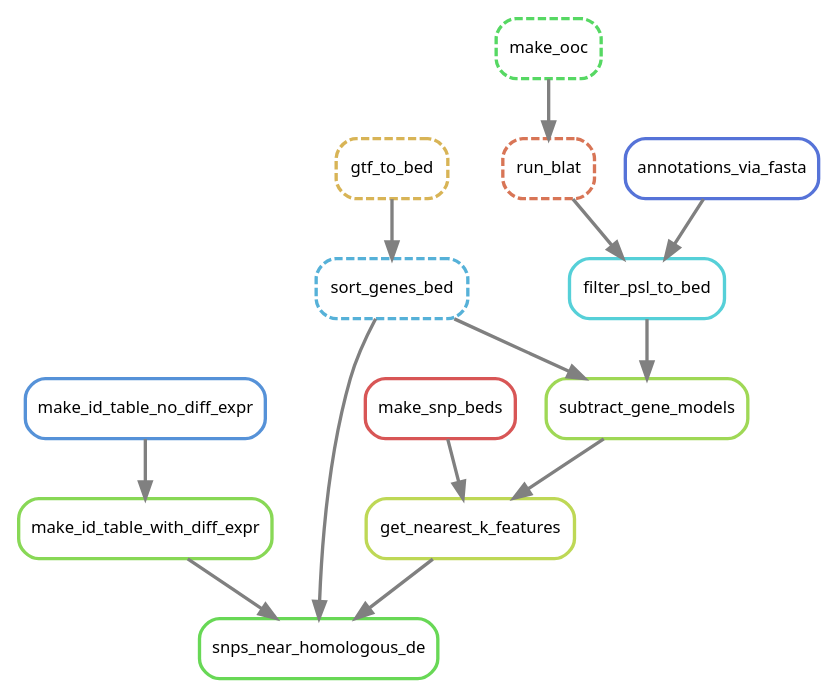
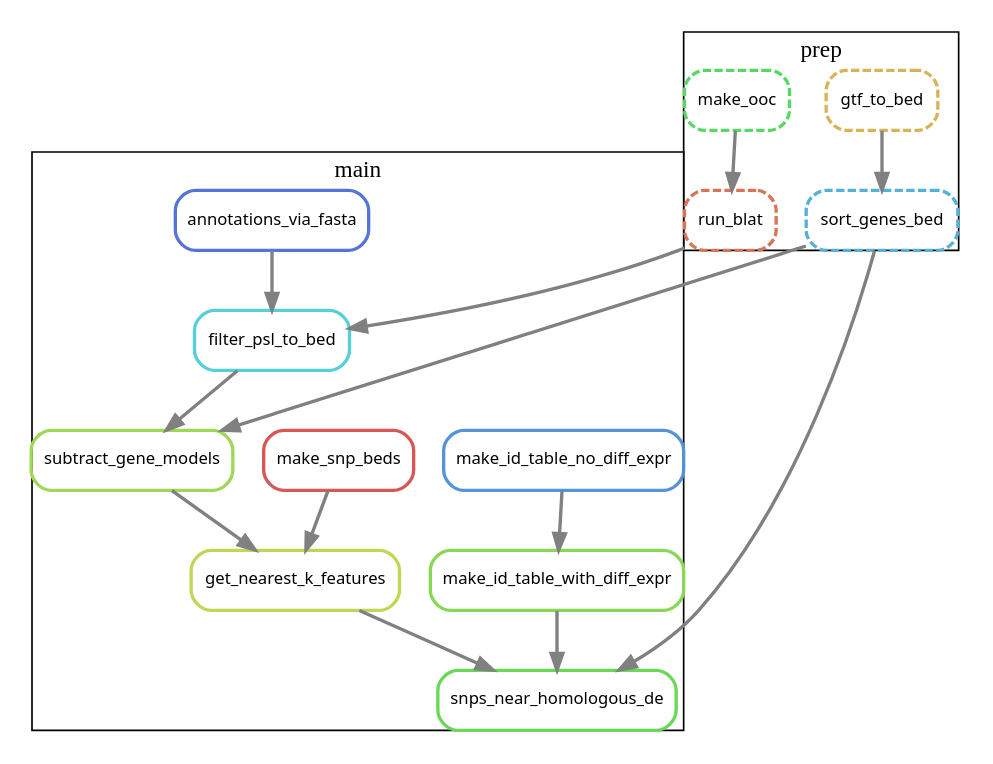
The diagram in dag.all.dot (xguse/gmm-to-gff-transcripts-vs-snps), drawn with Graphviz before and after one commit. The commit also changed 1 other file, not shown here.

Commit message:
Updated dag dot files (clustered all)

```diff
--- a/dag.all.dot
+++ b/dag.all.dot
@@ -1,48 +1,68 @@
 digraph snakemake_dag {
     graph[bgcolor=white, margin=0];
     node[shape=box, style=rounded, fontname=sans,                 fontsize=10, penwidth=2];
     edge[penwidth=2, color=grey];
-	0[label = "make_id_table_no_diff_expr", color = "0.59 0.6 0.85", style="rounded"];
-	1[label = "subtract_gene_models", color = "0.24 0.6 0.85", style="rounded"];
-	/*2[label = "save_run_config", color = "0.16 0.6 0.85", style="rounded,dashed"];*/
-	3[label = "get_nearest_k_features", color = "0.20 0.6 0.85", style="rounded"];
-	4[label = "sort_genes_bed", color = "0.55 0.6 0.85", style="rounded,dashed"];
-	5[label = "run_blat", color = "0.04 0.6 0.85", style="rounded,dashed"];
-	/*6[label = "all", color = "0.43 0.6 0.85", style="rounded"];*/
-	7[label = "make_snp_beds", color = "0.00 0.6 0.85", style="rounded"];
-	8[label = "snps_near_homologous_de", color = "0.31 0.6 0.85", style="rounded"];
-	9[label = "annotations_via_fasta", color = "0.63 0.6 0.85", style="rounded"];
-	/*10[label = "sort_bed_files", color = "0.08 0.6 0.85", style="rounded"];*/
-	11[label = "gtf_to_bed", color = "0.12 0.6 0.85", style="rounded,dashed"];
-	12[label = "make_id_table_with_diff_expr", color = "0.27 0.6 0.85", style="rounded"];
-	13[label = "filter_psl_to_bed", color = "0.51 0.6 0.85", style="rounded"];
-	14[label = "make_ooc", color = "0.35 0.6 0.85", style="rounded,dashed"];
-	4 -> 1
-	13 -> 1
-	1 -> 3
-	7 -> 3
-	11 -> 4
-	14 -> 5
-	/*0 -> 6
-	1 -> 6
-	2 -> 6
-	3 -> 6
-	4 -> 6
-	5 -> 6
-	7 -> 6
-	8 -> 6
-	13 -> 6
-	10 -> 6
-	11 -> 6
-	12 -> 6
-	9 -> 6
-	14 -> 6*/
-	4 -> 8
-	12 -> 8
-	3 -> 8
-	/*1 -> 10
-	7 -> 10*/
-	0 -> 12
-	5 -> 13
-	9 -> 13
+
+
+
+    subgraph cluster_0 {
+        /*style=filled;*/
+        /*color=lightgrey;*/
+        label = "prep";
+        4[label = "sort_genes_bed", color = "0.55 0.6 0.85", style="rounded,dashed"];
+        5[label = "run_blat", color = "0.04 0.6 0.85", style="rounded,dashed"];
+        11[label = "gtf_to_bed", color = "0.12 0.6 0.85", style="rounded,dashed"];
+        14[label = "make_ooc", color = "0.35 0.6 0.85", style="rounded,dashed"];
+
+    	11 -> 4
+        14 -> 5
+    }
+
+    subgraph cluster_1 {
+        /*style=filled;*/
+        /*color=lightgrey;*/
+        label = "main";
+        0[label = "make_id_table_no_diff_expr", color = "0.59 0.6 0.85", style="rounded"];
+        1[label = "subtract_gene_models", color = "0.24 0.6 0.85", style="rounded"];
+        /*2[label = "save_run_config", color = "0.16 0.6 0.85", style="rounded,dashed"];*/
+        3[label = "get_nearest_k_features", color = "0.20 0.6 0.85", style="rounded"];
+        /*6[label = "all", color = "0.43 0.6 0.85", style="rounded"];*/
+        7[label = "make_snp_beds", color = "0.00 0.6 0.85", style="rounded"];
+        8[label = "snps_near_homologous_de", color = "0.31 0.6 0.85", style="rounded"];
+        9[label = "annotations_via_fasta", color = "0.63 0.6 0.85", style="rounded"];
+        /*10[label = "sort_bed_files", color = "0.08 0.6 0.85", style="rounded"];*/
+        12[label = "make_id_table_with_diff_expr", color = "0.27 0.6 0.85", style="rounded"];
+        13[label = "filter_psl_to_bed", color = "0.51 0.6 0.85", style="rounded"];
+
+        4 -> 8
+        12 -> 8
+        3 -> 8
+        0 -> 12
+        5 -> 13
+        9 -> 13
+        4 -> 1
+        13 -> 1
+        1 -> 3
+        7 -> 3
+    }
+
+    /*0 -> 6
+    1 -> 6
+    2 -> 6
+    3 -> 6
+    4 -> 6
+    5 -> 6
+    7 -> 6
+    8 -> 6
+    13 -> 6
+    10 -> 6
+    11 -> 6
+    12 -> 6
+    9 -> 6
+    14 -> 6*/
+    /*1 -> 10
+    7 -> 10*/
+
+
+
 }
```
